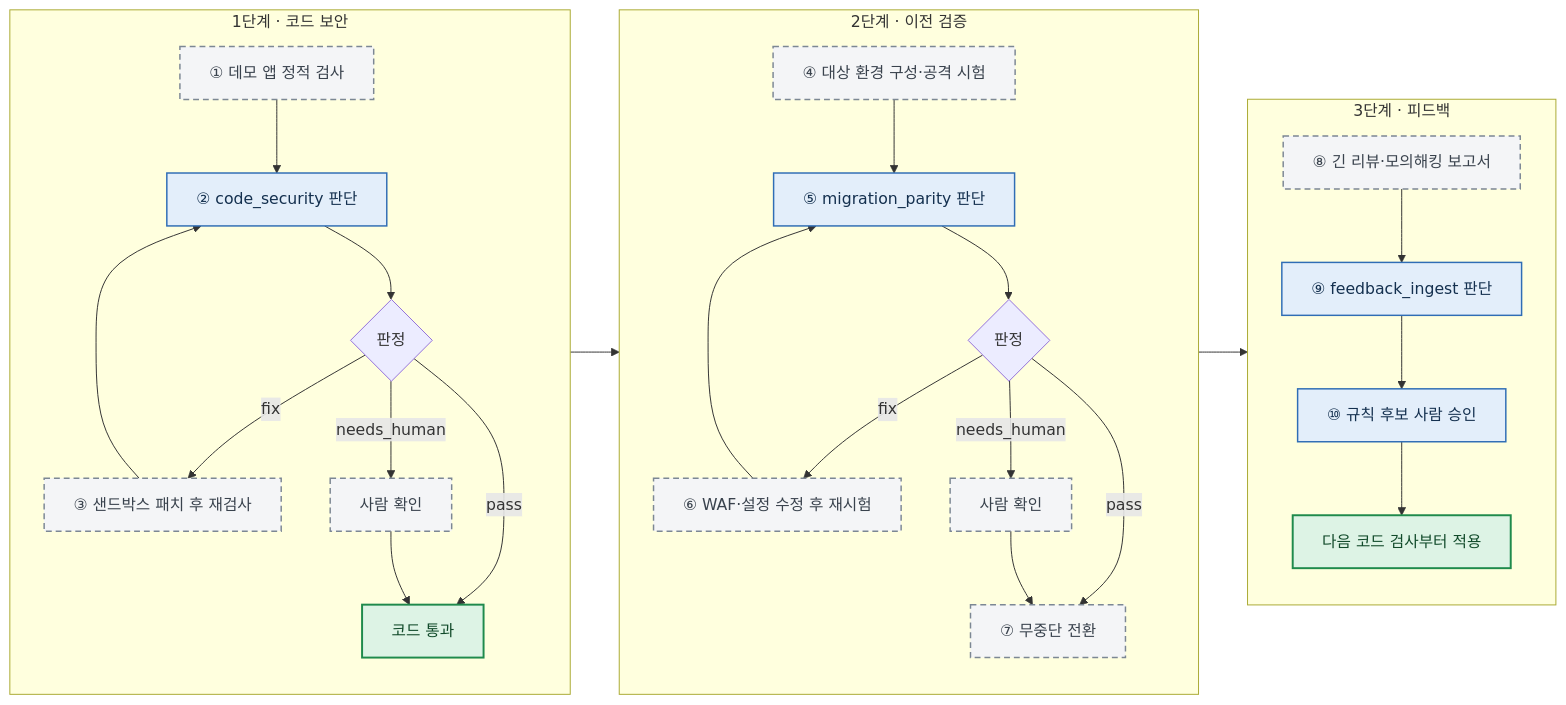
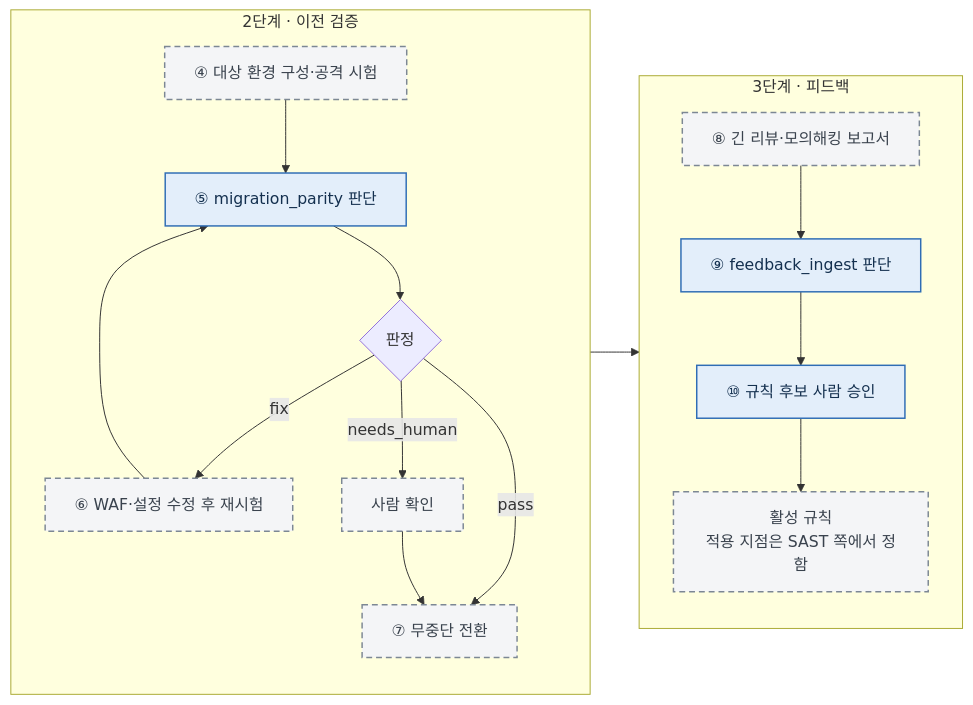
Before and after one commit to 2026-sbh-delta/delta-network-gateway: the diagram in services/delta-ai/docs/diagrams/05-workflow.mmd, drawn with Mermaid. The commit also changed 38 other files, not shown here.

Commit message:
refactor: remove code security path from delta-ai

```diff
--- a/services/delta-ai/docs/diagrams/05-workflow.mmd
+++ b/services/delta-ai/docs/diagrams/05-workflow.mmd
@@ -1,37 +1,26 @@
 flowchart LR
-  subgraph p1["1단계 · 코드 보안"]
-    direction TB
-    a["① 데모 앱 정적 검사"]:::planned --> b["② code_security 판단"]:::built
-    b --> c{"판정"}
-    c -- "fix" --> d["③ 샌드박스 패치 후 재검사"]:::planned
-    d --> b
-    c -- "needs_human" --> h["사람 확인"]:::planned
-    c -- "pass" --> o1["코드 통과"]:::ok
-    h --> o1
-  end
   subgraph p2["2단계 · 이전 검증"]
     direction TB
     e["④ 대상 환경 구성·공격 시험"]:::planned --> f["⑤ migration_parity 판단"]:::built
     f --> g{"판정"}
     g -- "fix" --> i["⑥ WAF·설정 수정 후 재시험"]:::planned
     i --> f
     g -- "needs_human" --> h2["사람 확인"]:::planned
     g -- "pass" --> j["⑦ 무중단 전환"]:::planned
     h2 --> j
   end
   subgraph p3["3단계 · 피드백"]
     direction TB
     k["⑧ 긴 리뷰·모의해킹 보고서"]:::planned --> l["⑨ feedback_ingest 판단"]:::built
     l --> m["⑩ 규칙 후보 사람 승인"]:::built
-    m --> n["다음 코드 검사부터 적용"]:::ok
+    m --> n["활성 규칙<br/>적용 지점은 SAST 쪽에서 정함"]:::planned
   end
-  p1 --> p2
   p2 --> p3
 
   classDef built fill:#E3EEFA,stroke:#2F6DB5,stroke-width:1.5px,color:#14304F
   classDef planned fill:#F4F5F7,stroke:#7C8794,stroke-width:1.5px,stroke-dasharray:6 4,color:#39424D
   classDef ext fill:#FFF1DC,stroke:#C77700,stroke-width:1.5px,color:#5A3600
   classDef store fill:#E8F5EE,stroke:#3C8A63,stroke-width:1.5px,color:#1D4532
   classDef ok fill:#DDF3E5,stroke:#1F8A4C,stroke-width:2px,color:#114A2A
   classDef warn fill:#FCEFC9,stroke:#B57F00,stroke-width:2px,color:#5A3F00
   classDef bad fill:#FBE1DF,stroke:#BF3B36,stroke-width:2px,color:#6C1E1A
```
